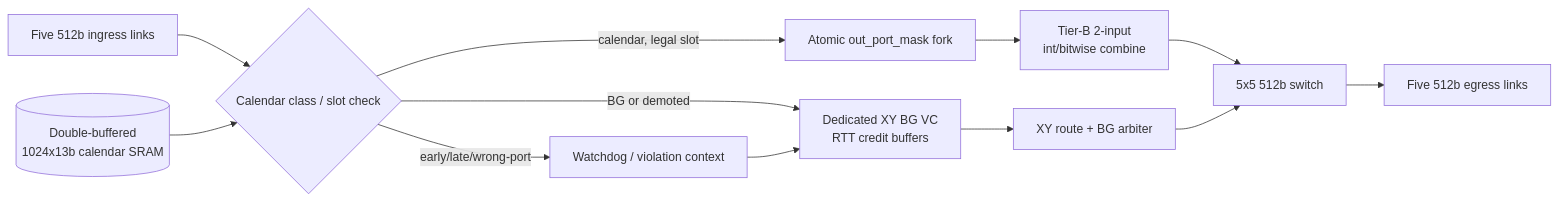
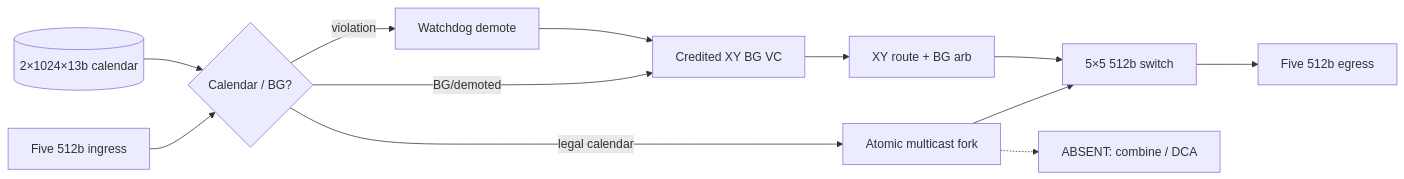
One commit to lukebest/booksim2 changed the diagram in docs/phase-2-architecture/architecture-candidates.md. Above: the diagram before and after it, drawn with Mermaid. The commit also changed other lines of this file and 57 other files, not shown here.

First line of the commit message:
dse: Trial 2 Arch-A2 NoCombine — area cut + diagrams

````diff
--- a/docs/phase-2-architecture/architecture-candidates.md
+++ b/docs/phase-2-architecture/architecture-candidates.md
@@ -50,14 +54,15 @@
 ```mermaid
 flowchart LR
-  IN[Five 512b ingress links] --> CLS{Calendar class / slot check}
-  CAL[(Double-buffered<br/>1024x13b calendar SRAM)] --> CLS
-  CLS -->|calendar, legal slot| FORK[Atomic out_port_mask fork]
-  FORK --> COMB[Tier-B 2-input<br/>int/bitwise combine]
-  COMB --> XBAR[5x5 512b switch]
-  CLS -->|BG or demoted| BGQ[Dedicated XY BG VC<br/>RTT credit buffers]
-  BGQ --> XY[XY route + BG arbiter]
+  IN[Five 512b ingress] --> CLS{Calendar / BG?}
+  CAL[(2×1024×13b calendar)] --> CLS
+  CLS -->|legal calendar| FORK[Atomic multicast fork]
+  FORK --> XBAR[5×5 512b switch]
+  CLS -->|BG/demoted| BGQ[Credited XY BG VC]
+  BGQ --> XY[XY route + BG arb]
   XY --> XBAR
-  CLS -->|early/late/wrong-port| WD[Watchdog / violation context]
+  CLS -->|violation| WD[Watchdog demote]
   WD --> BGQ
-  XBAR --> OUT[Five 512b egress links]
+  XBAR --> OUT[Five 512b egress]
+  NOCOMB[ABSENT: combine / DCA]
+  FORK -.-> NOCOMB
 ```
````
